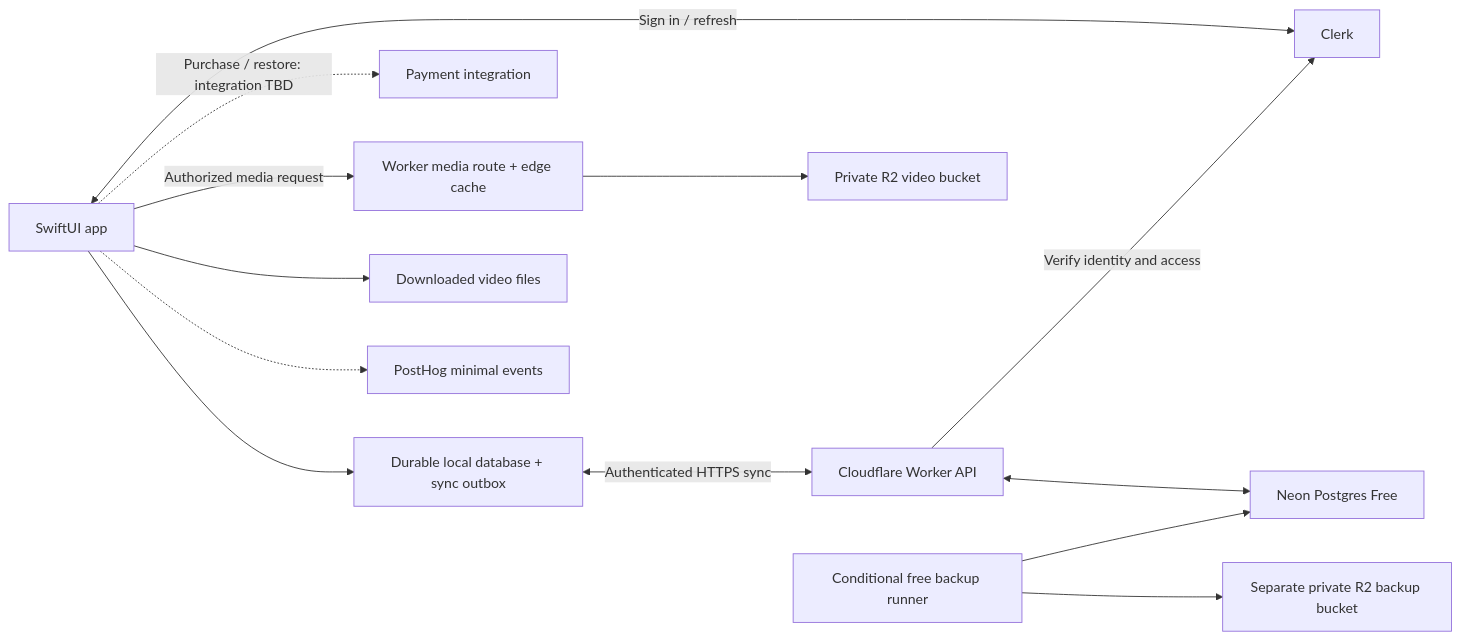
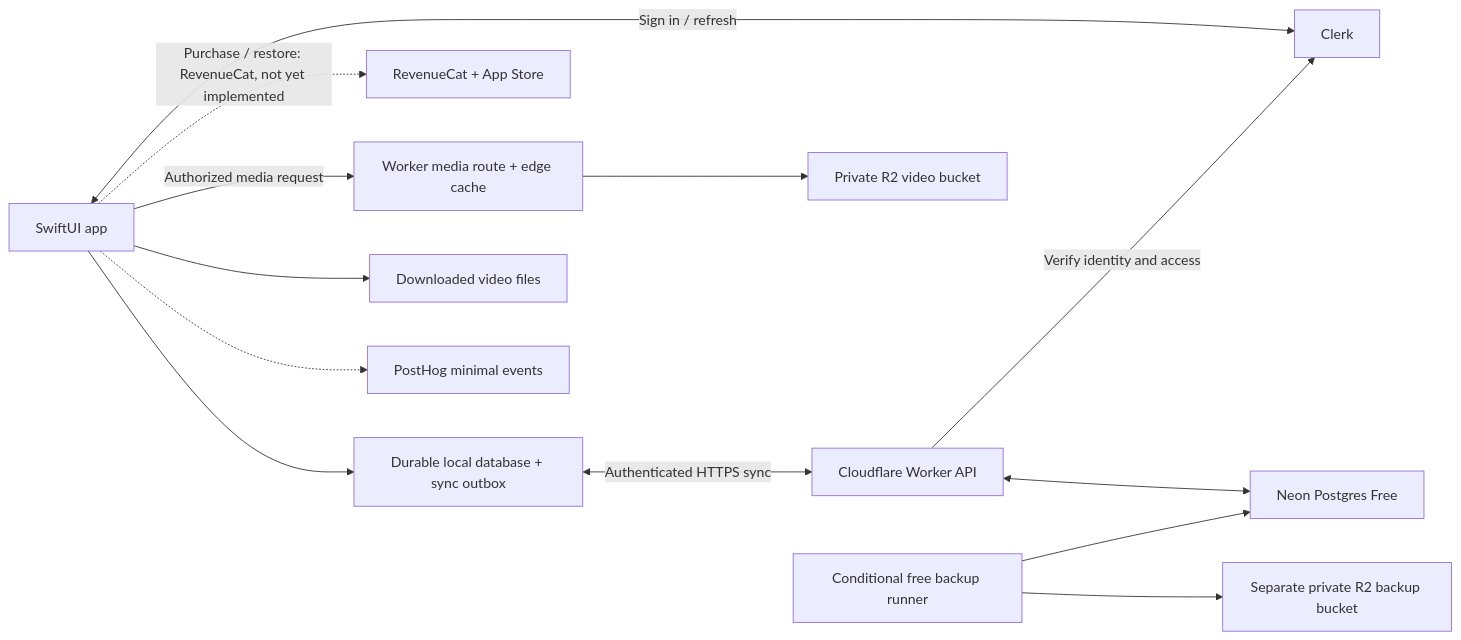
Before and after one commit to dimitarradulov/one-set: the diagram in docs/system-design.md, drawn with Mermaid. The commit also changed other lines of this file and 24 other files, not shown here.

First line of the commit message:
Sync docs with current implementation and add RevenueCat design

````diff
--- a/docs/system-design.md
+++ b/docs/system-design.md
@@ -7,15 +7,15 @@
 ```mermaid
 flowchart LR
   UI[SwiftUI app] --> Local[Durable local database + sync outbox]
   Local <-->|Authenticated HTTPS sync| API[Cloudflare Worker API]
   UI <-->|Sign in / refresh| Clerk[Clerk]
   API -->|Verify identity and access| Clerk
   API <--> PG[Neon Postgres Free]
-  UI -.->|Purchase / restore: integration TBD| Billing[Payment integration]
+  UI -.->|Purchase / restore: RevenueCat, not yet implemented| Billing[RevenueCat + App Store]
   UI -->|Authorized media request| Media[Worker media route + edge cache]
   Media --> R2[Private R2 video bucket]
   UI --> Disk[Downloaded video files]
   UI -.-> PH[PostHog minimal events]
   Runner[Conditional free backup runner] --> PG
   Runner --> Backup[Separate private R2 backup bucket]
 ```
````
